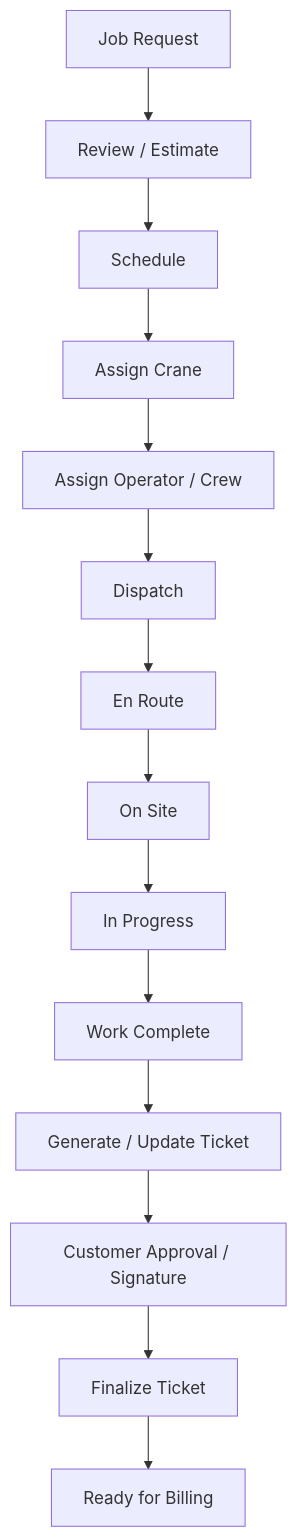
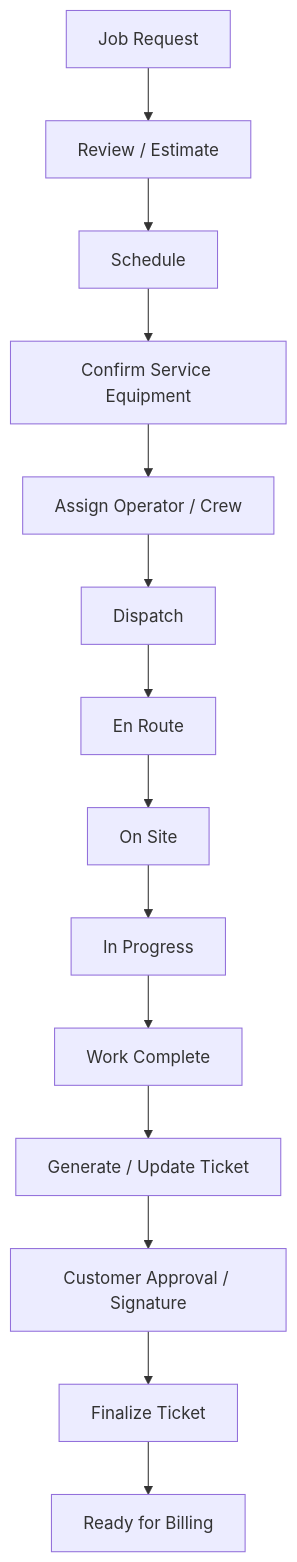
Before and after one commit to randalorian985/job-ticket-system: the first of 2 diagrams in frontend/public/docs/system-wiki.md, drawn with Mermaid. The commit also changed other lines of this file and 18 other files, not shown here.

````diff
--- a/frontend/public/docs/system-wiki.md
+++ b/frontend/public/docs/system-wiki.md
@@ -491,16 +484,16 @@
 ```mermaid
 flowchart TD
   A["Job Request"] --> B["Review / Estimate"]
   B --> C["Schedule"]
-  C --> D["Assign Crane"]
+  C --> D["Confirm Service Equipment"]
   D --> E["Assign Operator / Crew"]
   E --> F["Dispatch"]
   F --> G["En Route"]
   G --> H["On Site"]
   H --> I["In Progress"]
   I --> J["Work Complete"]
   J --> K["Generate / Update Ticket"]
   K --> L["Customer Approval / Signature"]
   L --> M["Finalize Ticket"]
   M --> N["Ready for Billing"]
 ```
````
